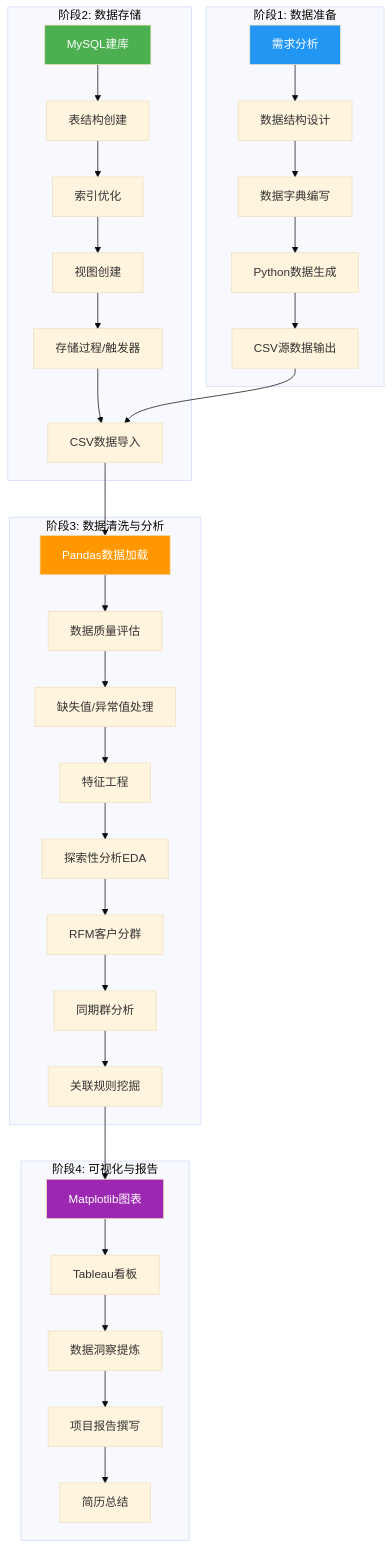
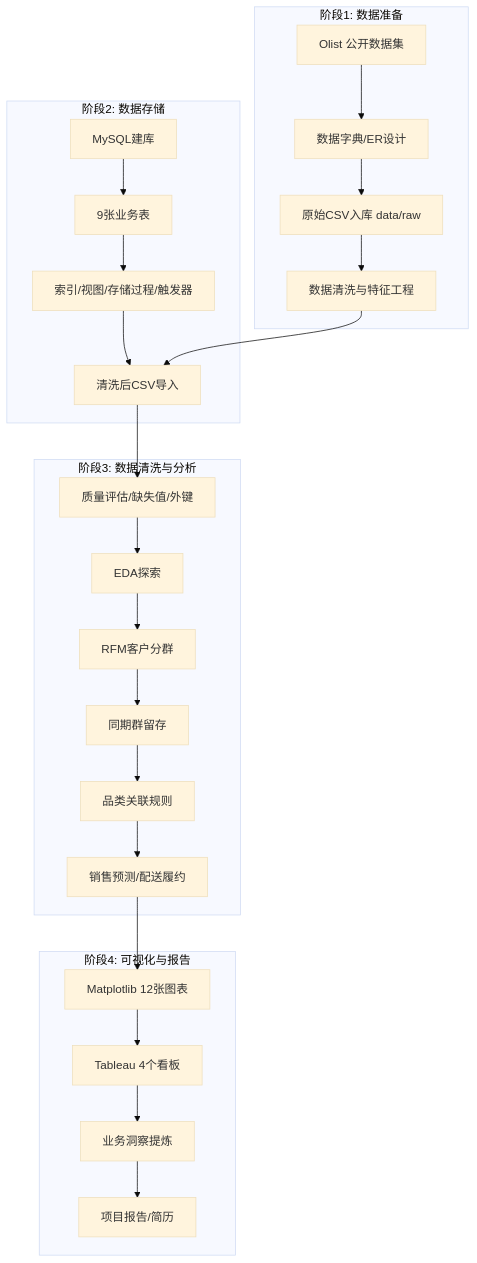
One commit to canvasfff/novelmart-ecommerce-analytics changed the diagram in docs/technical_roadmap.md. Above: the diagram before and after it, drawn with Mermaid (base theme). The commit also changed other lines of this file and 81 other files, not shown here.

````diff
--- a/docs/technical_roadmap.md
+++ b/docs/technical_roadmap.md
@@ -31,43 +22,32 @@
 ```mermaid
 graph TB
     subgraph "阶段1: 数据准备"
-        A1[需求分析] --> A2[数据结构设计]
-        A2 --> A3[数据字典编写]
-        A3 --> A4[Python数据生成]
-        A4 --> A5[CSV源数据输出]
+        A1[Olist 公开数据集] --> A2[数据字典/ER设计]
+        A2 --> A3[原始CSV入库 data/raw]
+        A3 --> A4[数据清洗与特征工程]
     end
 
     subgraph "阶段2: 数据存储"
-        B1[MySQL建库] --> B2[表结构创建]
-        B2 --> B3[索引优化]
-        B3 --> B4[视图创建]
-        B4 --> B5[存储过程/触发器]
-        B5 --> B6[CSV数据导入]
+        B1[MySQL建库] --> B2[9张业务表]
+        B2 --> B3[索引/视图/存储过程/触发器]
+        B3 --> B4[清洗后CSV导入]
     end
 
     subgraph "阶段3: 数据清洗与分析"
-        C1[Pandas数据加载] --> C2[数据质量评估]
-        C2 --> C3[缺失值/异常值处理]
-        C3 --> C4[特征工程]
-        C4 --> C5[探索性分析EDA]
-        C5 --> C6[RFM客户分群]
-        C6 --> C7[同期群分析]
-        C7 --> C8[关联规则挖掘]
+        C1[质量评估/缺失值/外键] --> C2[EDA探索]
+        C2 --> C3[RFM客户分群]
+        C3 --> C4[同期群留存]
+        C4 --> C5[品类关联规则]
+        C5 --> C6[销售预测/配送履约]
     end
 
     subgraph "阶段4: 可视化与报告"
-        D1[Matplotlib图表] --> D2[Tableau看板]
-        D2 --> D3[数据洞察提炼]
-        D3 --> D4[项目报告撰写]
-        D4 --> D5[简历总结]
+        D1[Matplotlib 12张图表] --> D2[Tableau 4个看板]
+        D2 --> D3[业务洞察提炼]
+        D3 --> D4[项目报告/简历]
     end
 
-    A5 --> B6
-    B6 --> C1
-    C8 --> D1
-
-    style A1 fill:#2196F3,color:#fff
-    style B1 fill:#4CAF50,color:#fff
-    style C1 fill:#FF9800,color:#fff
-    style D1 fill:#9C27B0,color:#fff
+    A4 --> B4
+    B4 --> C1
+    C6 --> D1
 ```
````
